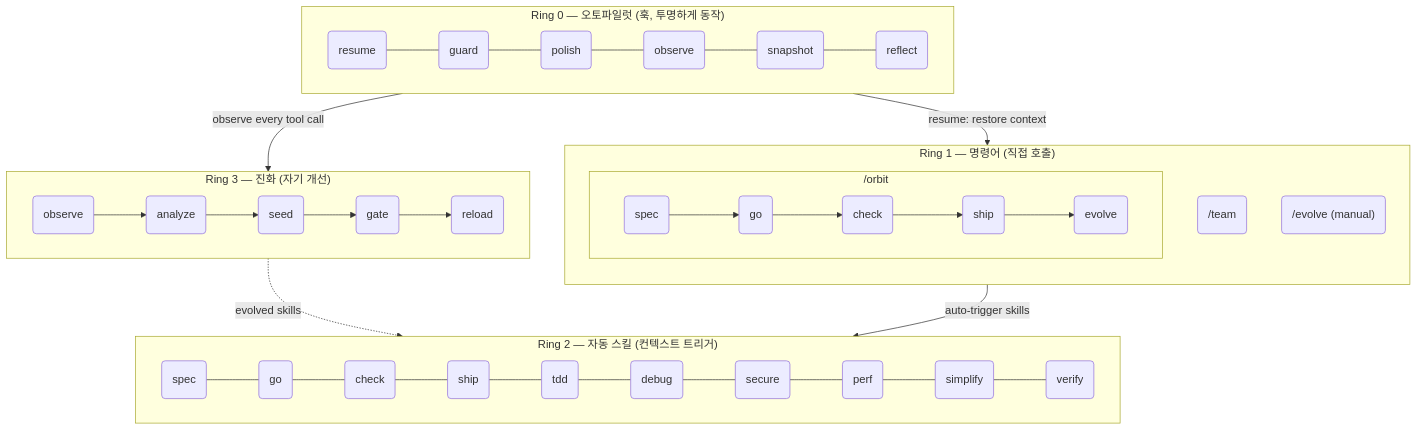
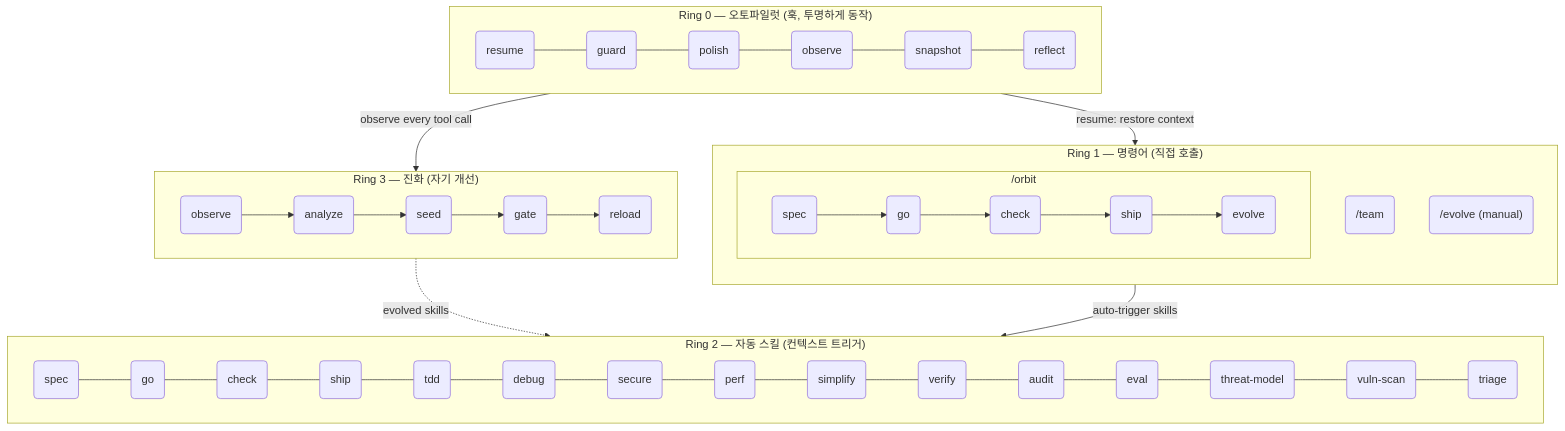
The second of 2 diagrams in i18n/ko/README.md (epicsagas/epic-harness), drawn with Mermaid before and after one commit. The commit also changed other lines of this file and 5 other files, not shown here.

````diff
--- a/i18n/ko/README.md
+++ b/i18n/ko/README.md
@@ -416,32 +485,32 @@
 ```mermaid
 flowchart TB
     subgraph R0["Ring 0 — 오토파일럿 (훅, 투명하게 동작)"]
         direction LR
         h1(resume) --- h2(guard) --- h3(polish) --- h4(observe) --- h5(snapshot) --- h6(reflect)
     end
 
     subgraph R1["Ring 1 — 명령어 (직접 호출)"]
         direction TB
         subgraph orbit_wrap["  /orbit  "]
             direction LR
             c1("spec") --> c2("go") --> c3("check") --> c4("ship") --> c5("evolve")
         end
         c6("/team")
         c7("/evolve (manual)")
     end
 
     subgraph R2["Ring 2 — 자동 스킬 (컨텍스트 트리거)"]
         direction LR
-        s1(spec) --- s2(go) --- s3(check) --- s4(ship) --- s5(tdd) --- s6(debug) --- s7(secure) --- s8(perf) --- s9(simplify) --- s10(verify)
+        s1(spec) --- s2(go) --- s3(check) --- s4(ship) --- s5(tdd) --- s6(debug) --- s7(secure) --- s8(perf) --- s9(simplify) --- s10(verify) --- s11(audit) --- s12(eval) --- s13(threat-model) --- s14(vuln-scan) --- s15(triage)
     end
 
     subgraph R3["Ring 3 — 진화 (자기 개선)"]
         direction LR
         e1(observe) --> e2(analyze) --> e3(seed) --> e4(gate) --> e5(reload)
     end
 
     R0 -->|"observe every tool call"| R3
     R3 -.->|"evolved skills"| R2
     R1 -->|"auto-trigger skills"| R2
     R0 -->|"resume: restore context"| R1
 ```
````
